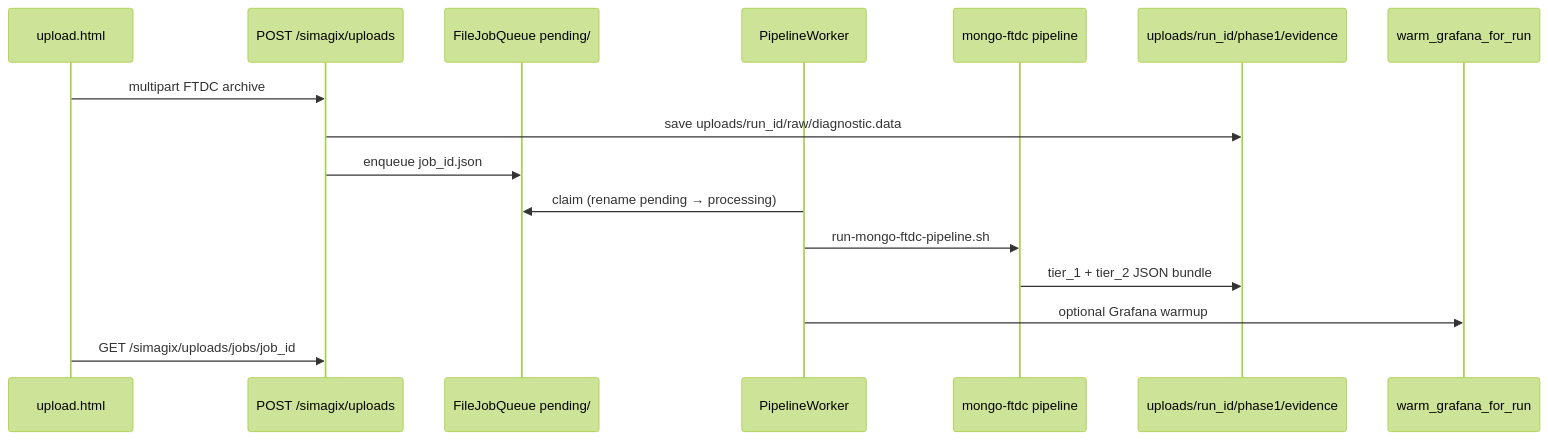
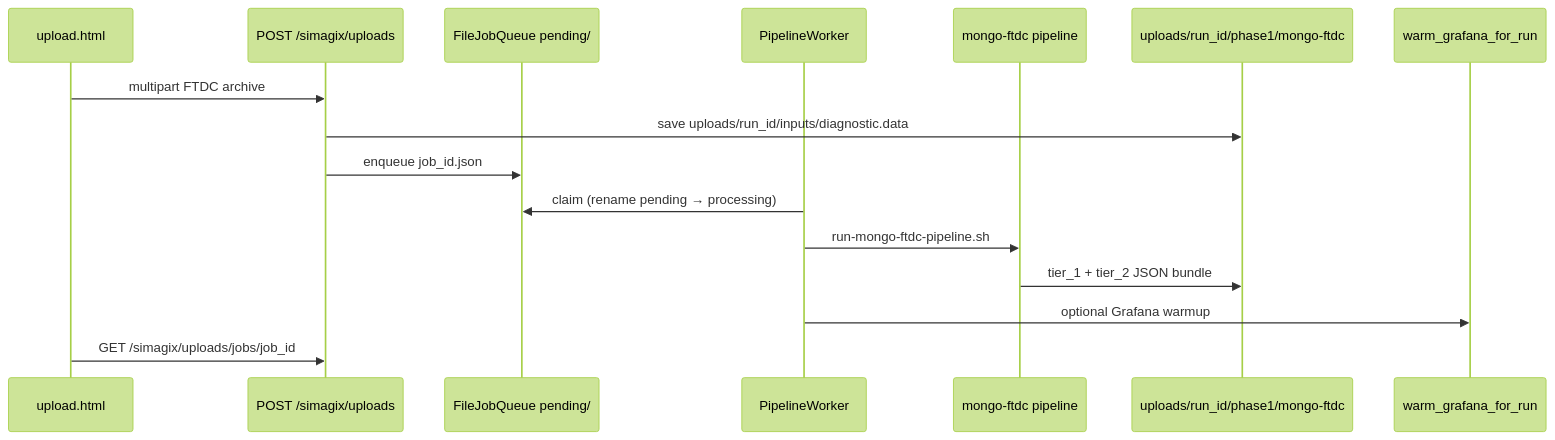
Before and after one commit to Prateek-Agarwal2006/Mongo-Debugger: the third of 7 diagrams in docs/ARCHITECTURE.md, drawn with Mermaid (forest theme). The commit also changed other lines of this file and 90 other files, not shown here.

````diff
--- a/docs/ARCHITECTURE.md
+++ b/docs/ARCHITECTURE.md
@@ -165,19 +165,19 @@
 ```mermaid
 sequenceDiagram
   participant UI as upload.html
   participant API as POST /simagix/uploads
   participant Q as FileJobQueue pending/
   participant W as PipelineWorker
   participant Docker as mongo-ftdc pipeline
-  participant Disk as uploads/run_id/phase1/evidence
+  participant Disk as uploads/run_id/phase1/mongo-ftdc
   participant Warm as warm_grafana_for_run
 
   UI->>API: multipart FTDC archive
-  API->>Disk: save uploads/run_id/raw/diagnostic.data
+  API->>Disk: save uploads/run_id/inputs/diagnostic.data
   API->>Q: enqueue job_id.json
   W->>Q: claim (rename pending → processing)
   W->>Docker: run-mongo-ftdc-pipeline.sh
   Docker->>Disk: tier_1 + tier_2 JSON bundle
   W->>Warm: optional Grafana warmup
   UI->>API: GET /simagix/uploads/jobs/job_id
 ```
````
